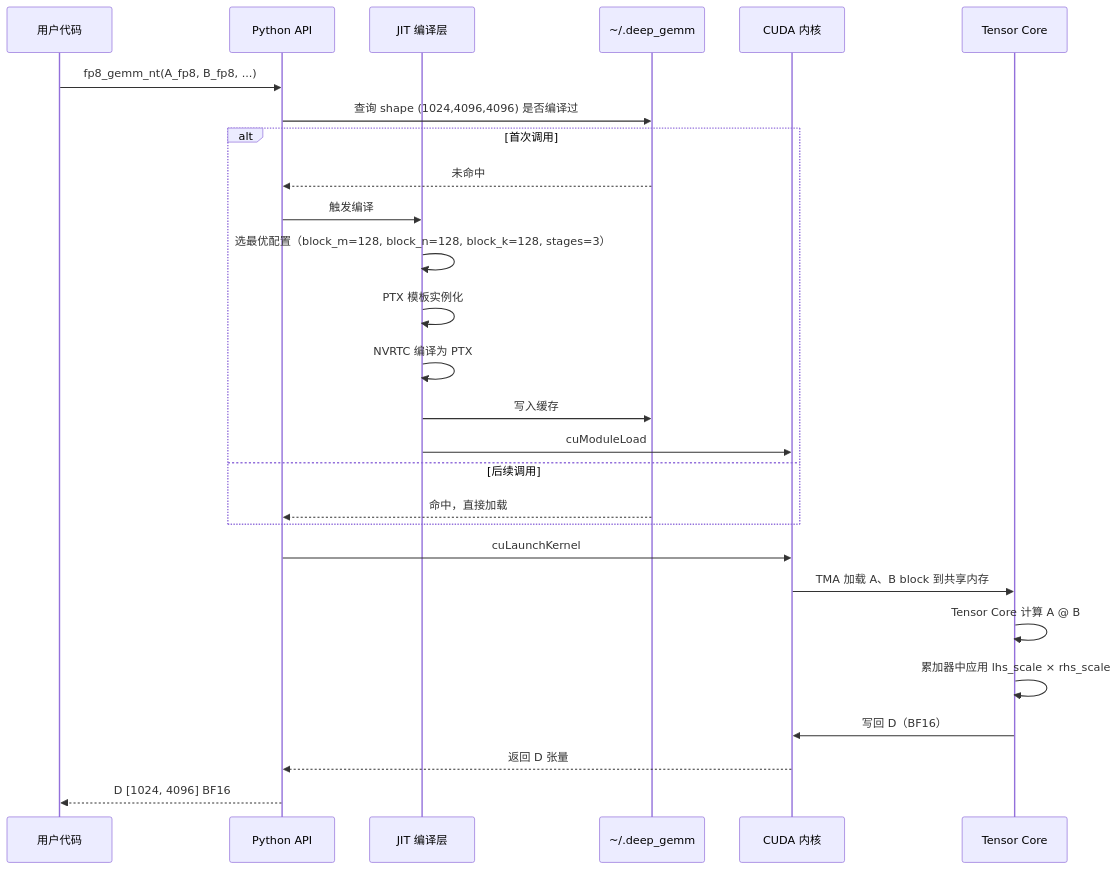
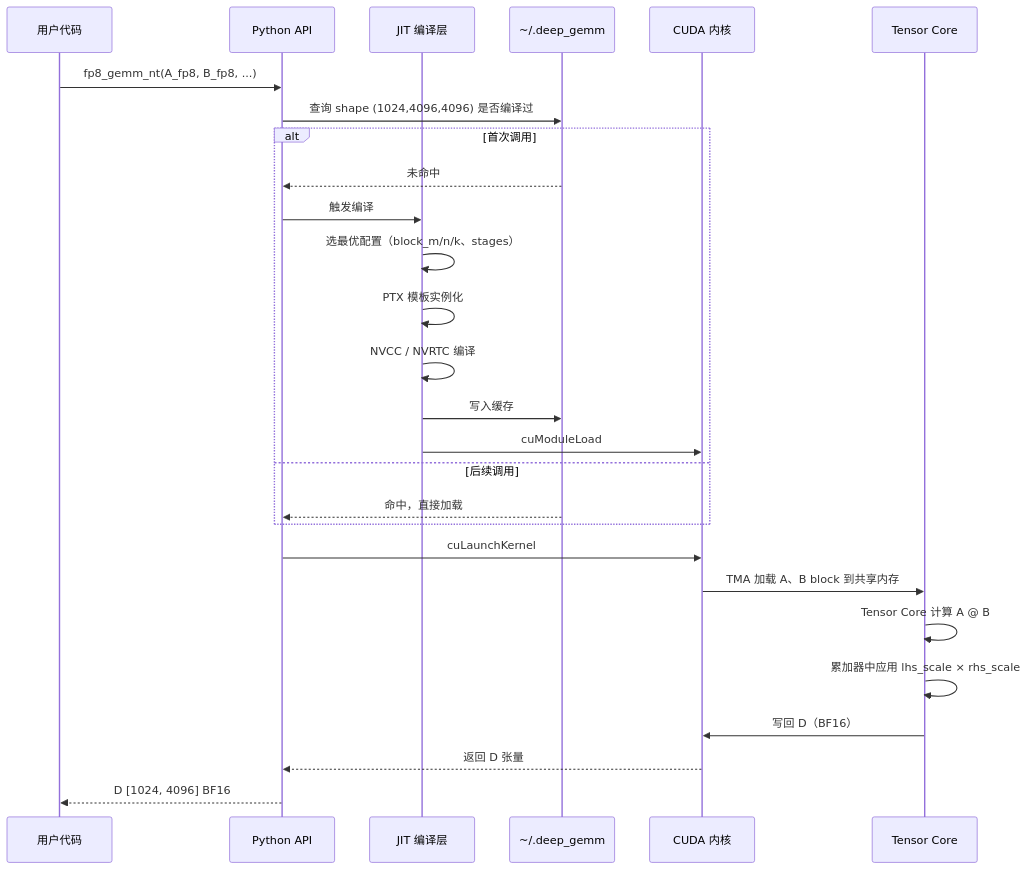
The fifth of 5 diagrams in content/posts/tech/deepgemm-high-performance-fp8-gemm-kernels.md (A1pha3/text-matrix), drawn with Mermaid before and after one commit. The commit also changed other lines of this file and 18 other files, not shown here.

````diff
--- a/content/posts/tech/deepgemm-high-performance-fp8-gemm-kernels.md
+++ b/content/posts/tech/deepgemm-high-performance-fp8-gemm-kernels.md
@@ -383,30 +339,30 @@
 ```mermaid
 sequenceDiagram
     participant User as 用户代码
     participant API as Python API
     participant JIT as JIT 编译层
     participant Cache as ~/.deep_gemm
     participant Kernel as CUDA 内核
     participant TC as Tensor Core
 
     User->>API: fp8_gemm_nt(A_fp8, B_fp8, ...)
     API->>Cache: 查询 shape (1024,4096,4096) 是否编译过
     alt 首次调用
         Cache-->>API: 未命中
         API->>JIT: 触发编译
-        JIT->>JIT: 选最优配置（block_m=128, block_n=128, block_k=128, stages=3）
+        JIT->>JIT: 选最优配置（block_m/n/k、stages）
         JIT->>JIT: PTX 模板实例化
-        JIT->>JIT: NVRTC 编译为 PTX
+        JIT->>JIT: NVCC / NVRTC 编译
         JIT->>Cache: 写入缓存
         JIT->>Kernel: cuModuleLoad
     else 后续调用
         Cache-->>API: 命中，直接加载
     end
     API->>Kernel: cuLaunchKernel
     Kernel->>TC: TMA 加载 A、B block 到共享内存
     TC->>TC: Tensor Core 计算 A @ B
     TC->>TC: 累加器中应用 lhs_scale × rhs_scale
     TC->>Kernel: 写回 D（BF16）
     Kernel-->>API: 返回 D 张量
     API-->>User: D [1024, 4096] BF16
 ```
````
